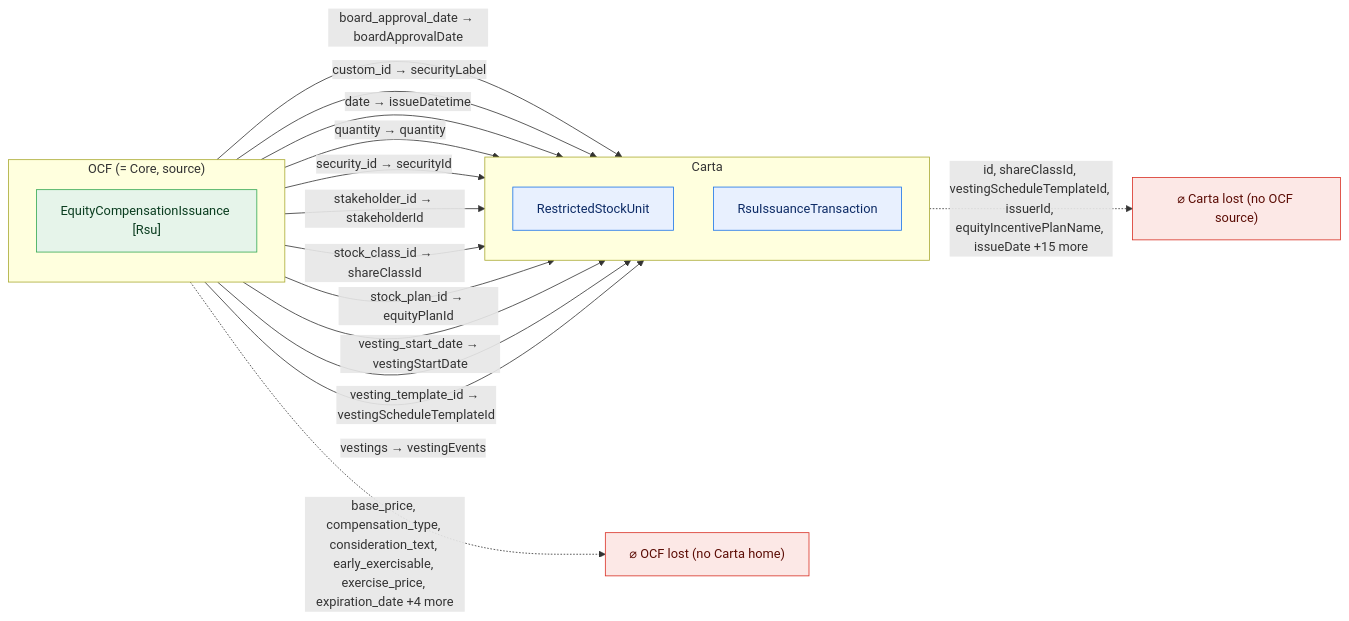
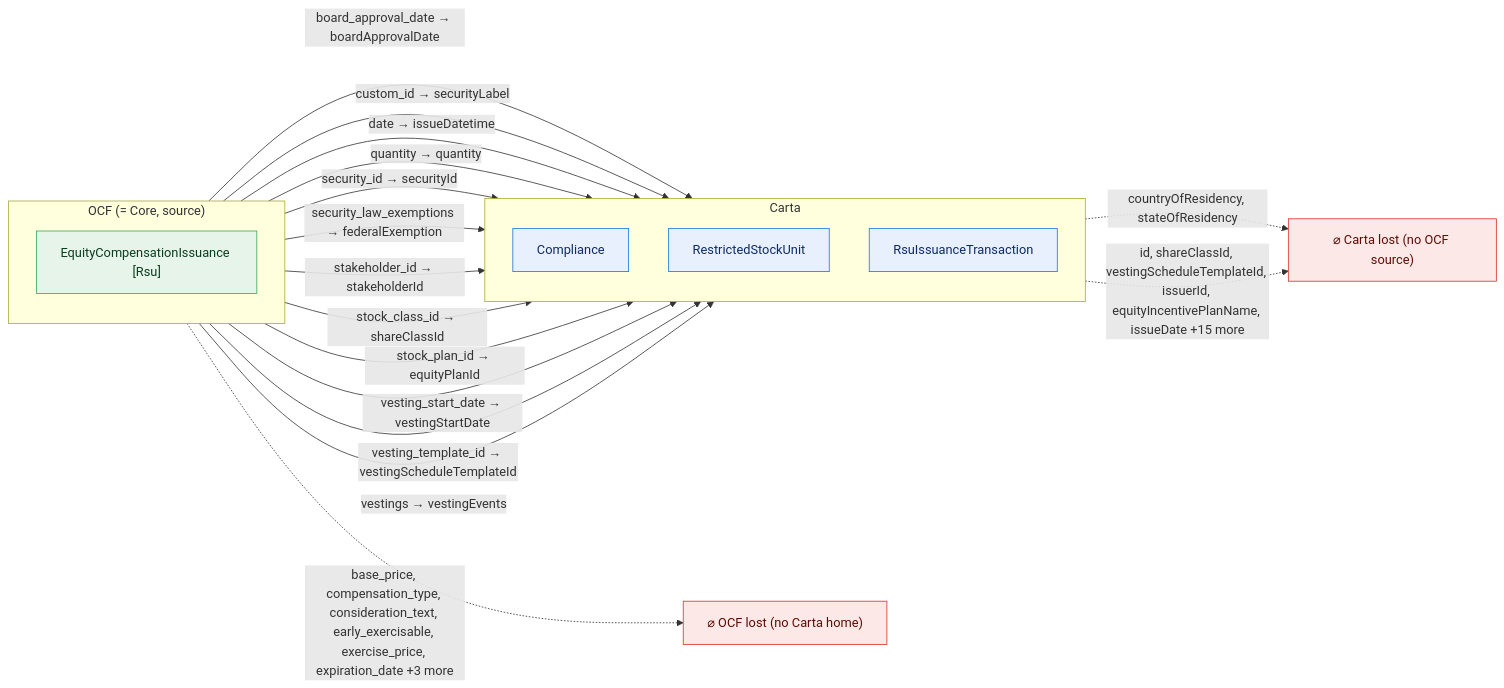
Before and after one commit to Open-Cap-Table-Coalition/OCF-Composed-Schemas: the fourth of 47 diagrams in docs/core-bidirectional-flow.md, drawn with Mermaid. The commit also changed other lines of this file and 12 other files, not shown here.

First line of the commit message:
Core: map security_law_exemptions + reason_text (fix false drops)

````diff
--- a/docs/core-bidirectional-flow.md
+++ b/docs/core-bidirectional-flow.md
@@ -118,31 +124,34 @@
 ```mermaid
 flowchart LR
   classDef adm fill:#e6f4ea,stroke:#34a853,color:#0b3d20;
   classDef notadm fill:#f1f3f4,stroke:#9aa0a6,color:#5f6368,stroke-dasharray:4 3;
   classDef carta fill:#e8f0fe,stroke:#1a73e8,color:#0d2b66;
   classDef lost fill:#fce8e6,stroke:#d93025,color:#5c0d06;
   subgraph SRC["OCF (= Core, source)"]
     direction TB
     o0["EquityCompensationIssuance [Rsu]"]:::adm
   end
   subgraph TGT["Carta"]
     direction TB
-    t0["RestrictedStockUnit"]:::carta
-    t1["RsuIssuanceTransaction"]:::carta
+    t0["Compliance"]:::carta
+    t1["RestrictedStockUnit"]:::carta
+    t2["RsuIssuanceTransaction"]:::carta
   end
   ocflost["⌀ OCF lost (no Carta home)"]:::lost
   cartalost["⌀ Carta lost (no OCF source)"]:::lost
-  o0 -->|"board_approval_date → boardApprovalDate"| t0
-  o0 -->|"custom_id → securityLabel"| t0
-  o0 -->|"date → issueDatetime"| t1
-  o0 -->|"quantity → quantity"| t1
-  o0 -->|"security_id → securityId"| t0
-  o0 -->|"stakeholder_id → stakeholderId"| t0
-  o0 -->|"stock_class_id → shareClassId"| t1
-  o0 -->|"stock_plan_id → equityPlanId"| t1
-  o0 -->|"vesting_start_date → vestingStartDate"| t0
-  o0 -->|"vesting_template_id → vestingScheduleTemplateId"| t1
-  o0 -->|"vestings → vestingEvents"| t0
-  o0 -.->|"base_price, compensation_type, consideration_text, early_exercisable, exercise_price, expiration_date +4 more"| ocflost
-  t0 -.->|"id, shareClassId, vestingScheduleTemplateId, issuerId, equityIncentivePlanName, issueDate +15 more"| cartalost
+  o0 -->|"board_approval_date → boardApprovalDate"| t1
+  o0 -->|"custom_id → securityLabel"| t1
+  o0 -->|"date → issueDatetime"| t2
+  o0 -->|"quantity → quantity"| t2
+  o0 -->|"security_id → securityId"| t1
+  o0 -->|"security_law_exemptions → federalExemption"| t0
+  o0 -->|"stakeholder_id → stakeholderId"| t1
+  o0 -->|"stock_class_id → shareClassId"| t2
+  o0 -->|"stock_plan_id → equityPlanId"| t2
+  o0 -->|"vesting_start_date → vestingStartDate"| t1
+  o0 -->|"vesting_template_id → vestingScheduleTemplateId"| t2
+  o0 -->|"vestings → vestingEvents"| t1
+  o0 -.->|"base_price, compensation_type, consideration_text, early_exercisable, exercise_price, expiration_date +3 more"| ocflost
+  t0 -.->|"countryOfResidency, stateOfResidency"| cartalost
+  t1 -.->|"id, shareClassId, vestingScheduleTemplateId, issuerId, equityIncentivePlanName, issueDate +15 more"| cartalost
 ```
````
